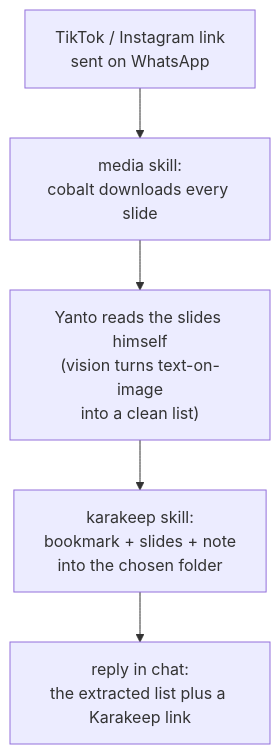
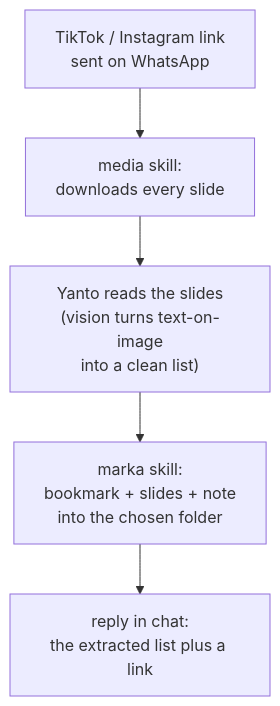
Before and after one commit to absolutepraya/blog: the third of 5 diagrams in content/posts/hermes-agent-setup.md, drawn with Mermaid. The commit also changed other lines of this file and 11 other files, not shown here.

First line of the commit message:
Rewrite agent setup posts and fail CI on broken Mermaid (#10)

````diff
--- a/content/posts/hermes-agent-setup.md
+++ b/content/posts/hermes-agent-setup.md
@@ -208,8 +133,8 @@
 ```mermaid
 graph TD
     Link["TikTok / Instagram link<br>sent on WhatsApp"]
-    Link --> Media["media skill:<br>cobalt downloads every slide"]
-    Media --> Read["Yanto reads the slides himself<br>(vision turns text-on-image<br>into a clean list)"]
-    Read --> Save["karakeep skill:<br>bookmark + slides + note<br>into the chosen folder"]
-    Save --> Reply["reply in chat:<br>the extracted list plus a Karakeep link"]
+    Link --> Media["media skill:<br>downloads every slide"]
+    Media --> Read["Yanto reads the slides<br>(vision turns text-on-image<br>into a clean list)"]
+    Read --> Save["marka skill:<br>bookmark + slides + note<br>into the chosen folder"]
+    Save --> Reply["reply in chat:<br>the extracted list plus a link"]
 ```
````
